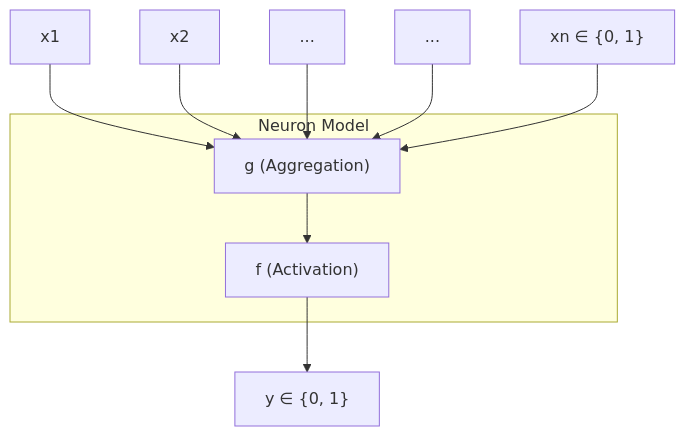
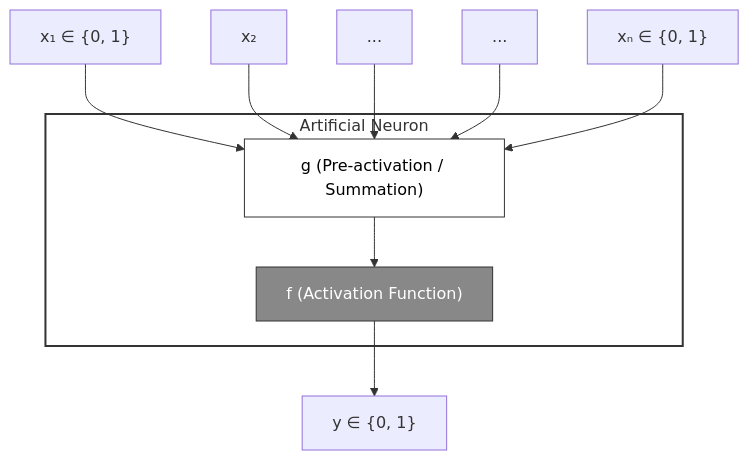
One commit to AashiJain-108/Ai-Sadhana changed the diagram in Core_Deep_Learning/01_McCulloch-Pitts Neuron/intuition.md. Above: the diagram before and after it, drawn with Mermaid.

````diff
--- a/Core_Deep_Learning/01_McCulloch-Pitts Neuron/intuition.md
+++ b/Core_Deep_Learning/01_McCulloch-Pitts Neuron/intuition.md
@@ -3,14 +3,25 @@
 ```mermaid
 graph TD
-    x1["x1"] --> g
-    x2["x2"] --> g
+    %% Inputs
+    x1["x₁ ∈ {0, 1}"] --> g
+    x2["x₂"] --> g
     dots1["..."] --> g
     dots2["..."] --> g
-    xn["xn ∈ {0, 1}"] --> g
+    xn["xₙ ∈ {0, 1}"] --> g
 
-    subgraph Neuron ["Neuron Model"]
-        g["g (Aggregation)"] --> f["f (Activation)"]
+    %% Central Neuron Node Split
+    subgraph Neuron ["Artificial Neuron"]
+        g["g (Pre-activation / Summation)"]
+        f["f (Activation Function)"]
+        g --> f
     end
 
+    %% Output
     f --> y["y ∈ {0, 1}"]
+
+    %% Styling
+    style Neuron fill:none,stroke:#333,stroke-width:2px
+    style f fill:#888,stroke:#333,stroke-width:1px,color:#fff
+    style g fill:#fff,stroke:#333,stroke-width:1px,color:#000
+
 ```
````
